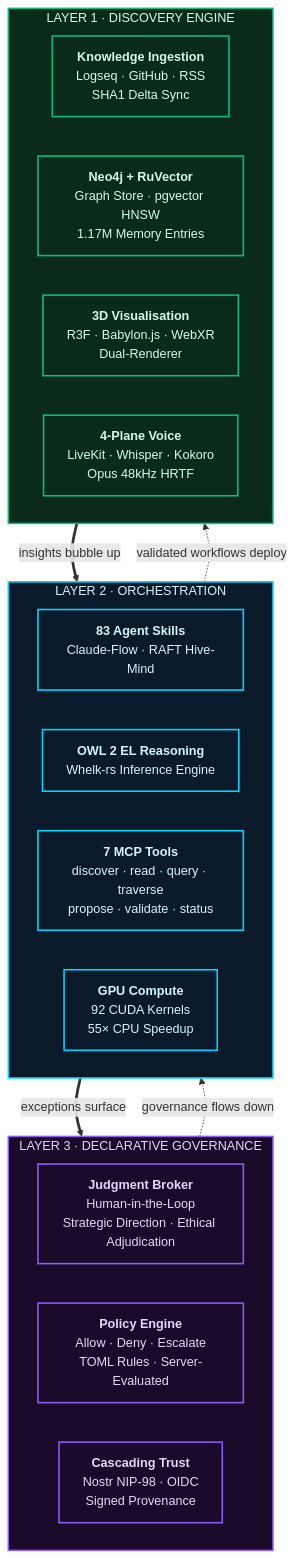
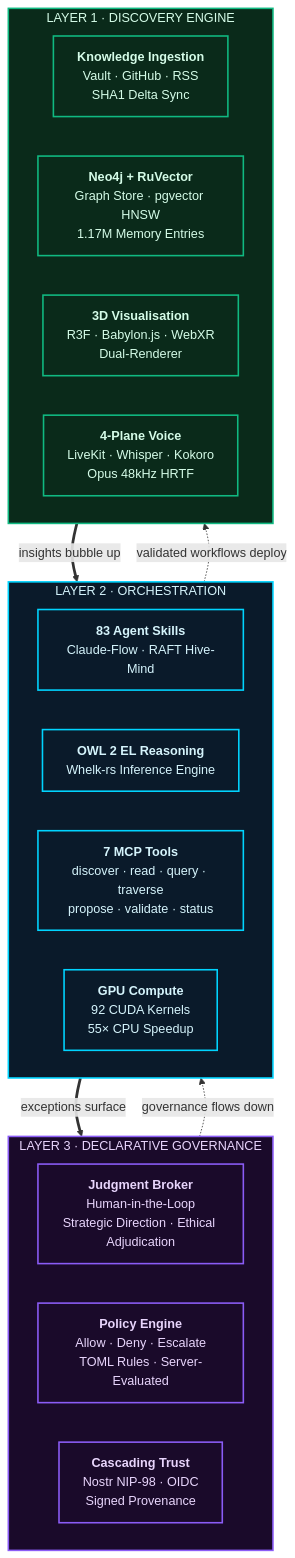
One commit to DreamLab-AI/AR-AI-Knowledge-Graph changed the diagram in docs/assets/diagrams/01-three-layer-mesh.mmd. Above: the diagram before and after it, drawn with Mermaid. The commit also changed 35 other files, not shown here.

First line of the commit message:
docs: describe the Obsidian-vault corpus across living docs (Logseq → vault sweep)

```diff
--- a/docs/assets/diagrams/01-three-layer-mesh.mmd
+++ b/docs/assets/diagrams/01-three-layer-mesh.mmd
@@ -1,40 +1,40 @@
 flowchart TB
     subgraph L3["  LAYER 3 · DECLARATIVE GOVERNANCE  "]
         direction LR
         JB["<b>Judgment Broker</b><br/>Human-in-the-Loop<br/>Strategic Direction · Ethical Adjudication"]
         POL["<b>Policy Engine</b><br/>Allow · Deny · Escalate<br/>TOML Rules · Server-Evaluated"]
         TR["<b>Cascading Trust</b><br/>Nostr NIP-98 · OIDC<br/>Signed Provenance"]
     end
 
     subgraph L2["  LAYER 2 · ORCHESTRATION  "]
         direction LR
         SK["<b>83 Agent Skills</b><br/>Claude-Flow · RAFT Hive-Mind"]
         ON["<b>OWL 2 EL Reasoning</b><br/>Whelk-rs Inference Engine"]
         MCP["<b>7 MCP Tools</b><br/>discover · read · query · traverse<br/>propose · validate · status"]
         GPU["<b>GPU Compute</b><br/>92 CUDA Kernels<br/>55× CPU Speedup"]
     end
 
     subgraph L1["  LAYER 1 · DISCOVERY ENGINE  "]
         direction LR
-        KG["<b>Knowledge Ingestion</b><br/>Logseq · GitHub · RSS<br/>SHA1 Delta Sync"]
+        KG["<b>Knowledge Ingestion</b><br/>Vault · GitHub · RSS<br/>SHA1 Delta Sync"]
         NEO["<b>Neo4j + RuVector</b><br/>Graph Store · pgvector HNSW<br/>1.17M Memory Entries"]
         VIZ["<b>3D Visualisation</b><br/>R3F · Babylon.js · WebXR<br/>Dual-Renderer"]
         VOI["<b>4-Plane Voice</b><br/>LiveKit · Whisper · Kokoro<br/>Opus 48kHz HRTF"]
     end
 
     L1 ==>|"insights bubble up"| L2
     L2 ==>|"exceptions surface"| L3
     L3 -.->|"governance flows down"| L2
     L2 -.->|"validated workflows deploy"| L1
 
     classDef layer3 fill:#1A0A2A,stroke:#8B5CF6,stroke-width:2px,color:#E8D5FC
     classDef layer2 fill:#0A1A2A,stroke:#00D4FF,stroke-width:2px,color:#D5F4FC
     classDef layer1 fill:#0A2A1A,stroke:#10B981,stroke-width:2px,color:#D5FCE8
 
     class L3 layer3
     class L2 layer2
     class L1 layer1
 
     class JB,POL,TR layer3
     class SK,ON,MCP,GPU layer2
     class KG,NEO,VIZ,VOI layer1
```
